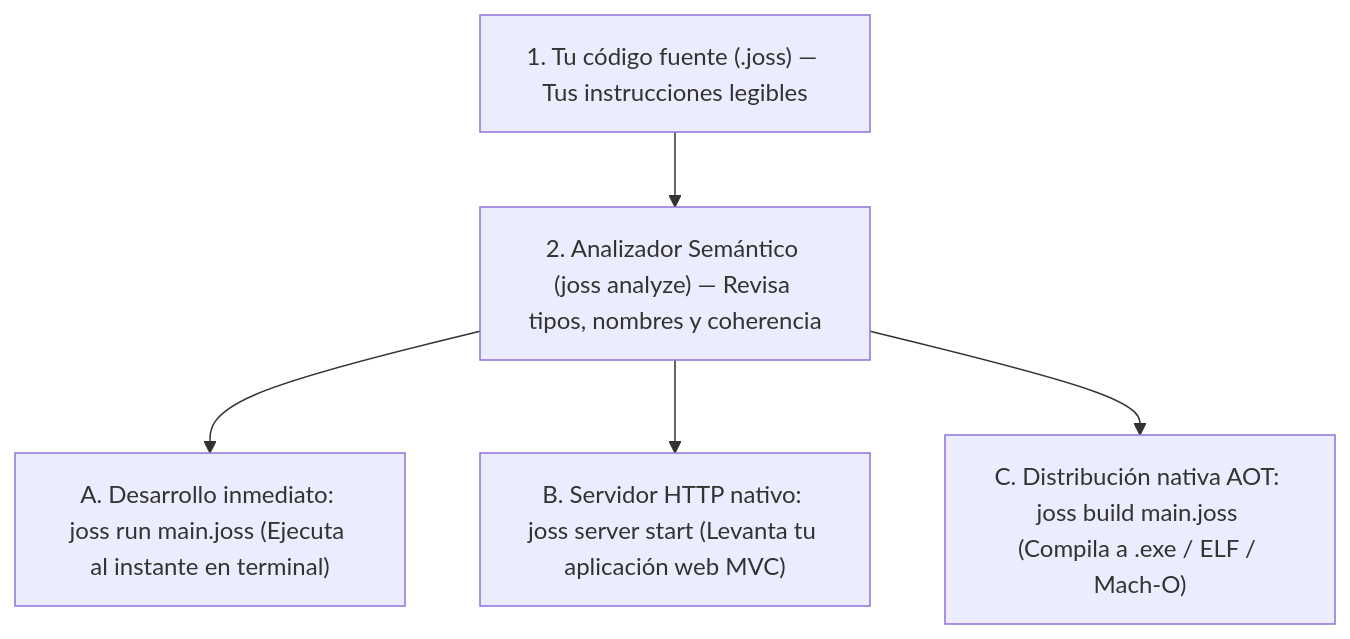
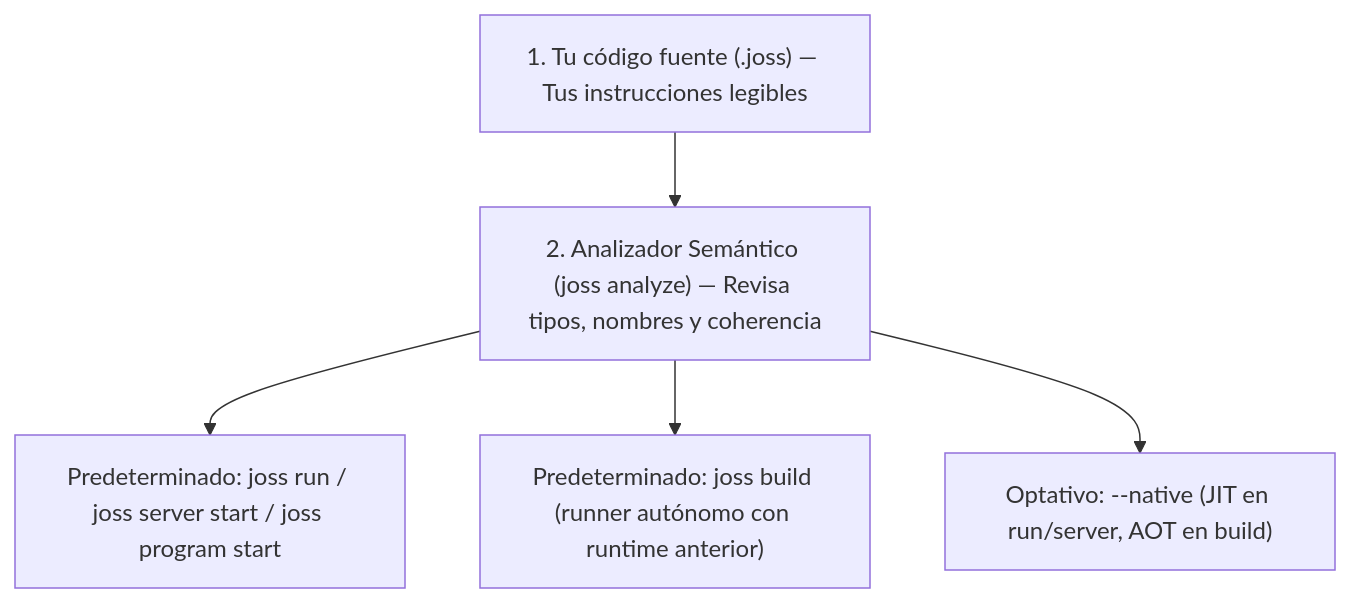
Before and after one commit to joss-language/Joss-Programming-Language: the first of 2 diagrams in docs/en/PRIMEROS_PASOS.md, drawn with Mermaid. The commit also changed other lines of this file and 61 other files, not shown here.

````diff
--- a/docs/en/PRIMEROS_PASOS.md
+++ b/docs/en/PRIMEROS_PASOS.md
@@ -52,7 +54,7 @@
 ```mermaid
 flowchart TD
     SRC["1. Tu código fuente (.joss) — Tus instrucciones legibles"] --> ANA["2. Analizador Semántico (joss analyze) — Revisa tipos, nombres y coherencia"]
-    ANA --> RUN["A. Desarrollo inmediato: joss run main.joss (Ejecuta al instante en terminal)"]
-    ANA --> WEB["B. Servidor HTTP nativo: joss server start (Levanta tu aplicación web MVC)"]
-    ANA --> BUILD["C. Distribución nativa AOT: joss build main.joss (Compila a .exe / ELF / Mach-O)"]
+    ANA --> RUN["Predeterminado: joss run / joss server start / joss program start"]
+    ANA --> BUILD["Predeterminado: joss build (runner autónomo con runtime anterior)"]
+    ANA --> NAT["Optativo: --native (JIT en run/server, AOT en build)"]
 ```
````
